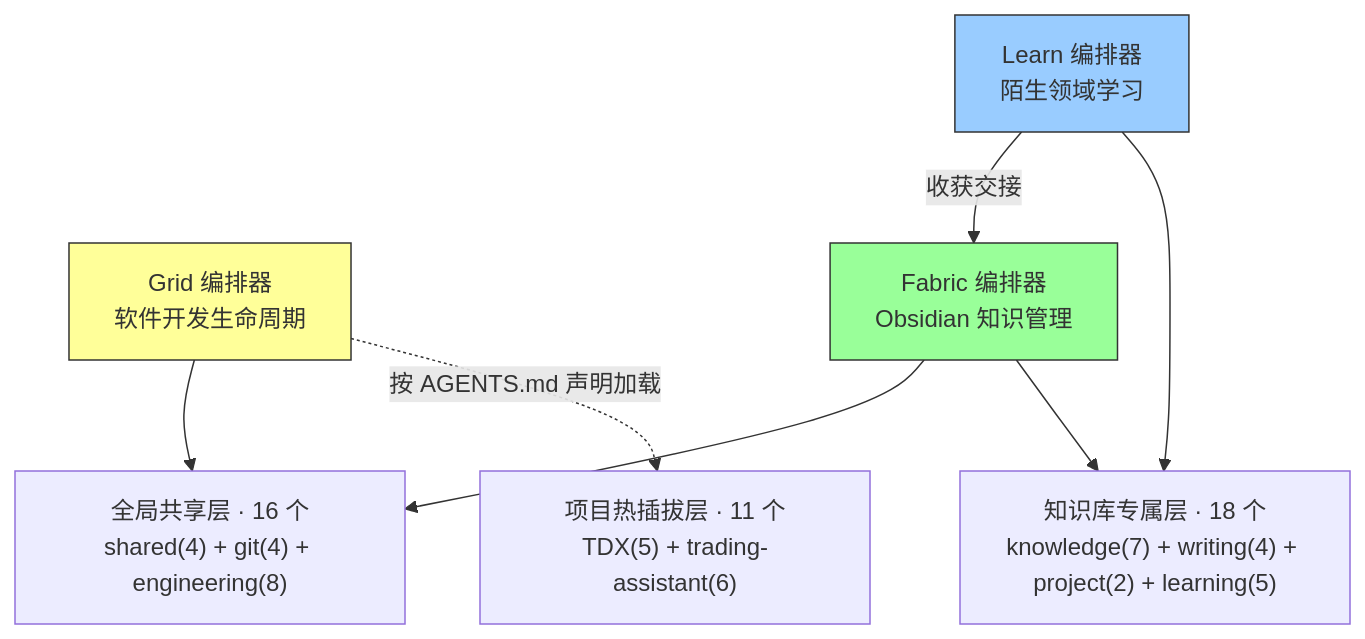
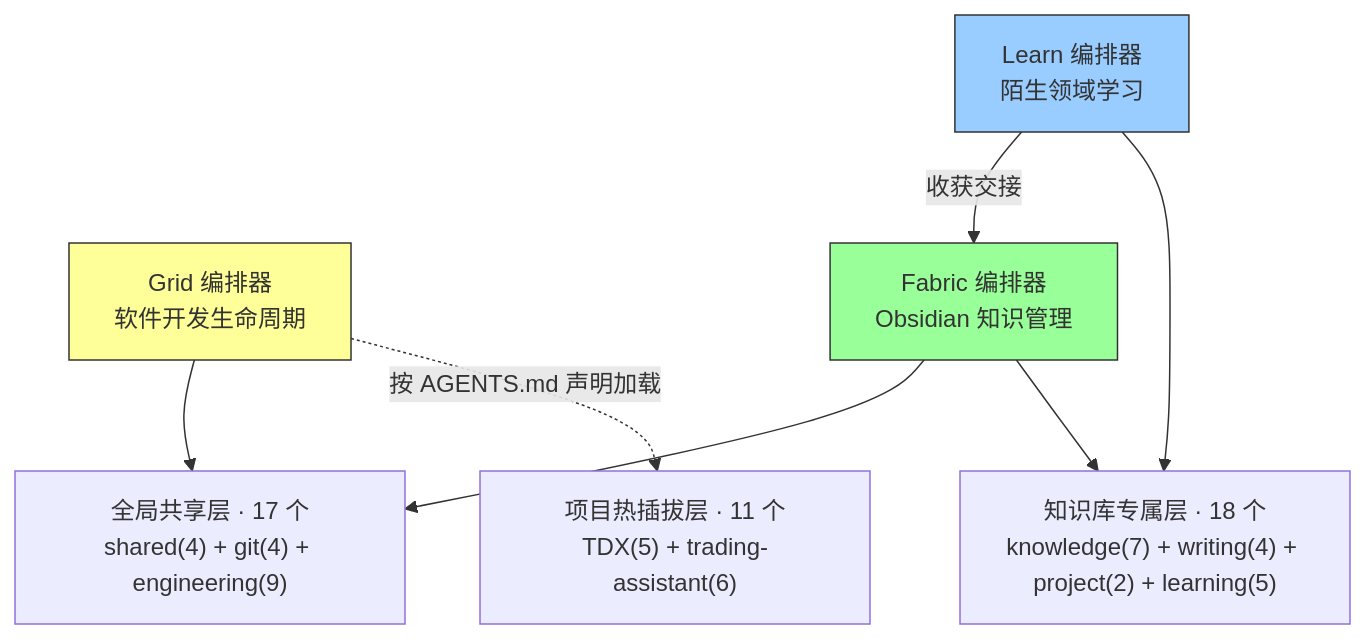
The first of 4 diagrams in README.md (Grid0723/skills), drawn with Mermaid before and after one commit. The commit also changed other lines of this file and 7 other files, not shown here.

````diff
--- a/README.md
+++ b/README.md
@@ -52,20 +52,20 @@
 ```mermaid
 graph TB
     GRID["Grid 编排器<br/>软件开发生命周期"]
     FAB["Fabric 编排器<br/>Obsidian 知识管理"]
     LEARN["Learn 编排器<br/>陌生领域学习"]
-    SHARED["全局共享层 · 16 个<br/>shared(4) + git(4) + engineering(8)"]
+    SHARED["全局共享层 · 17 个<br/>shared(4) + git(4) + engineering(9)"]
     VAULT["知识库专属层 · 18 个<br/>knowledge(7) + writing(4) + project(2) + learning(5)"]
     PROJ["项目热插拔层 · 11 个<br/>TDX(5) + trading-assistant(6)"]
 
     GRID --> SHARED
     FAB --> SHARED
     LEARN -->|收获交接| FAB
     FAB --> VAULT
     LEARN --> VAULT
     GRID -.->|按 AGENTS.md 声明加载| PROJ
 
     style GRID fill:#ff9,stroke:#333
     style FAB fill:#9f9,stroke:#333
     style LEARN fill:#9cf,stroke:#333
 ```
````
